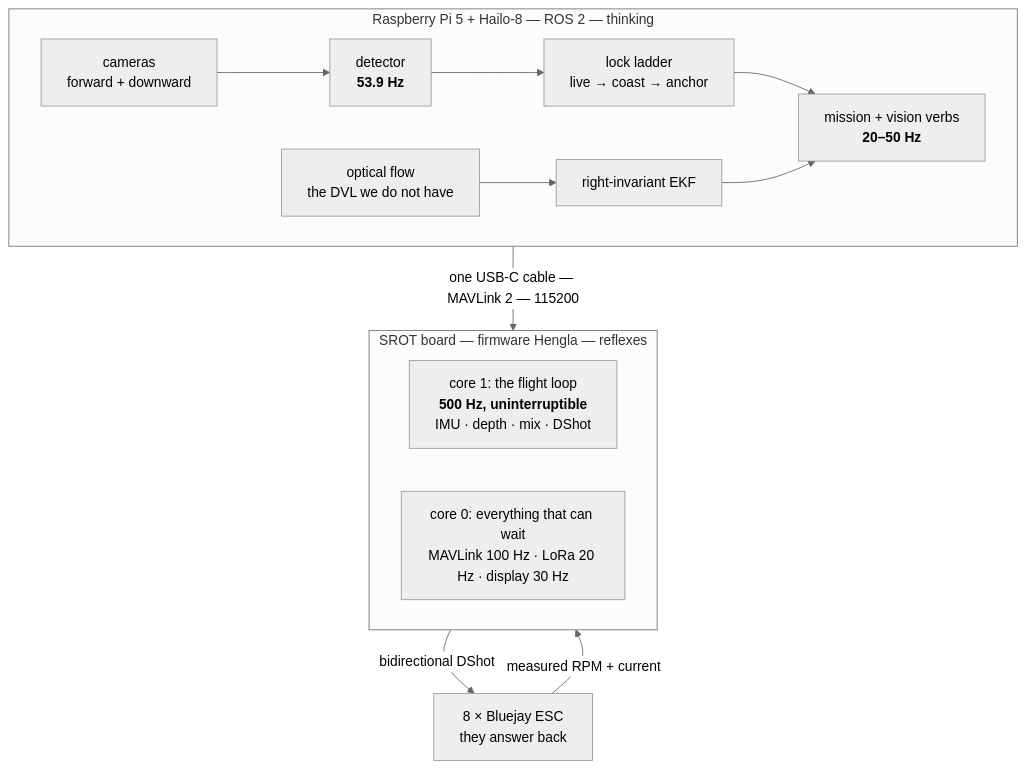
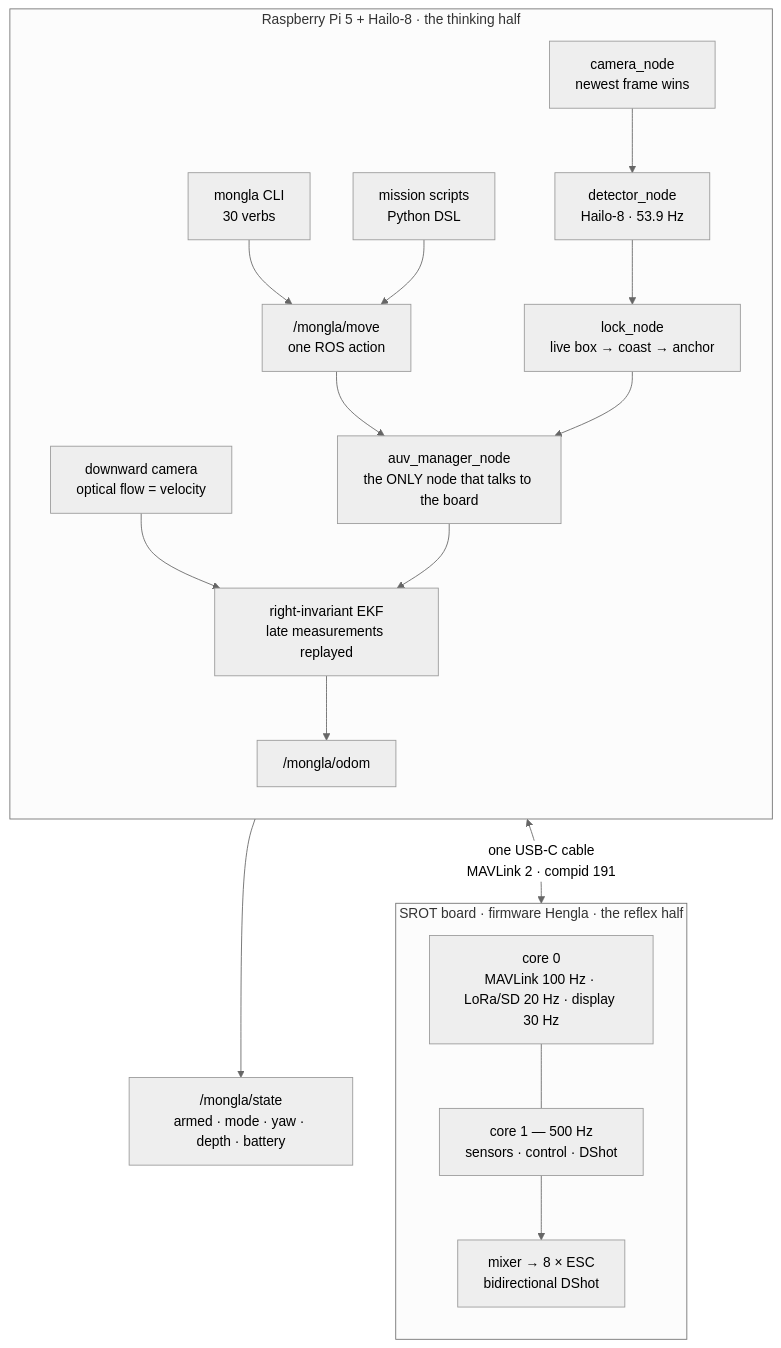
Before and after one commit to fh1m/duburi_ws: the second of 12 diagrams in README.md, drawn with Mermaid (neutral theme). The commit also changed other lines of this file, not shown here.

````diff
--- a/README.md
+++ b/README.md
@@ -73,22 +147,26 @@
 ```mermaid
 flowchart TB
-    subgraph PI["Raspberry Pi 5 + Hailo-8 — ROS 2 — thinking"]
-        direction LR
-        CAM["cameras<br/>forward + downward"] --> DET["detector<br/><b>53.9 Hz</b>"]
-        DET --> LOCK["lock ladder<br/>live → coast → anchor"]
-        LOCK --> MISS["mission + vision verbs<br/><b>20–50 Hz</b>"]
-        FLOW["optical flow<br/>the DVL we do not have"] --> EKF["right-invariant EKF"]
-        EKF --> MISS
+    subgraph PI["Raspberry Pi 5 + Hailo-8 · the thinking half"]
+        direction TB
+        CLI["mongla CLI<br/>30 verbs"] --> ACT
+        MIS["mission scripts<br/>Python DSL"] --> ACT
+        ACT["/mongla/move<br/>one ROS action"] --> MGR
+        MGR["auv_manager_node<br/>the ONLY node that talks to the board"]
+        CAM["camera_node<br/>newest frame wins"] --> DET["detector_node<br/>Hailo-8 · 53.9 Hz"]
+        DET --> LOCK["lock_node<br/>live box → coast → anchor"]
+        LOCK --> MGR
+        FLOW["downward camera<br/>optical flow = velocity"] --> EKF["right-invariant EKF<br/>late measurements replayed"]
+        MGR --> EKF
+        EKF --> ODOM["/mongla/odom"]
     end
-
-    MISS -->|"one USB-C cable — MAVLink 2 — 115200"| BOARD
-
-    subgraph BOARD["SROT board — firmware Hengla — reflexes"]
-        direction LR
-        C1["core 1: the flight loop<br/><b>500 Hz, uninterruptible</b><br/>IMU · depth · mix · DShot"]
-        C0["core 0: everything that can wait<br/>MAVLink 100 Hz · LoRa 20 Hz · display 30 Hz"]
+    subgraph BOARD["SROT board · firmware Hengla · the reflex half"]
+        direction TB
+        C1["core 1 — 500 Hz<br/>sensors · control · DShot"]
+        C0["core 0<br/>MAVLink 100 Hz · LoRa/SD 20 Hz · display 30 Hz"]
+        MIX["mixer → 8 × ESC<br/>bidirectional DShot"]
+        C1 --> MIX
     end
-
-    BOARD -->|"bidirectional DShot"| ESC["8 × Bluejay ESC<br/>they answer back"]
-    ESC -->|"measured RPM + current"| BOARD
+    MGR <-->|"one USB-C cable<br/>MAVLink 2 · compid 191"| C0
+    C0 --- C1
+    MGR --> STATE["/mongla/state<br/>armed · mode · yaw · depth · battery"]
 ```
````
